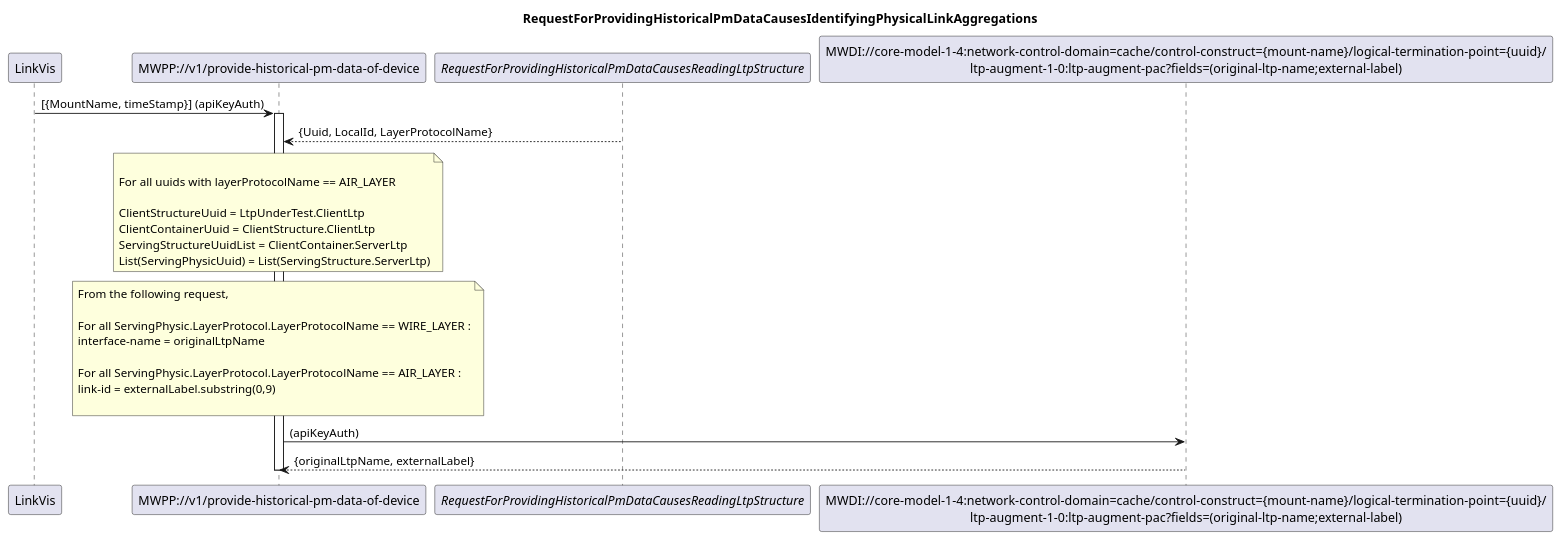
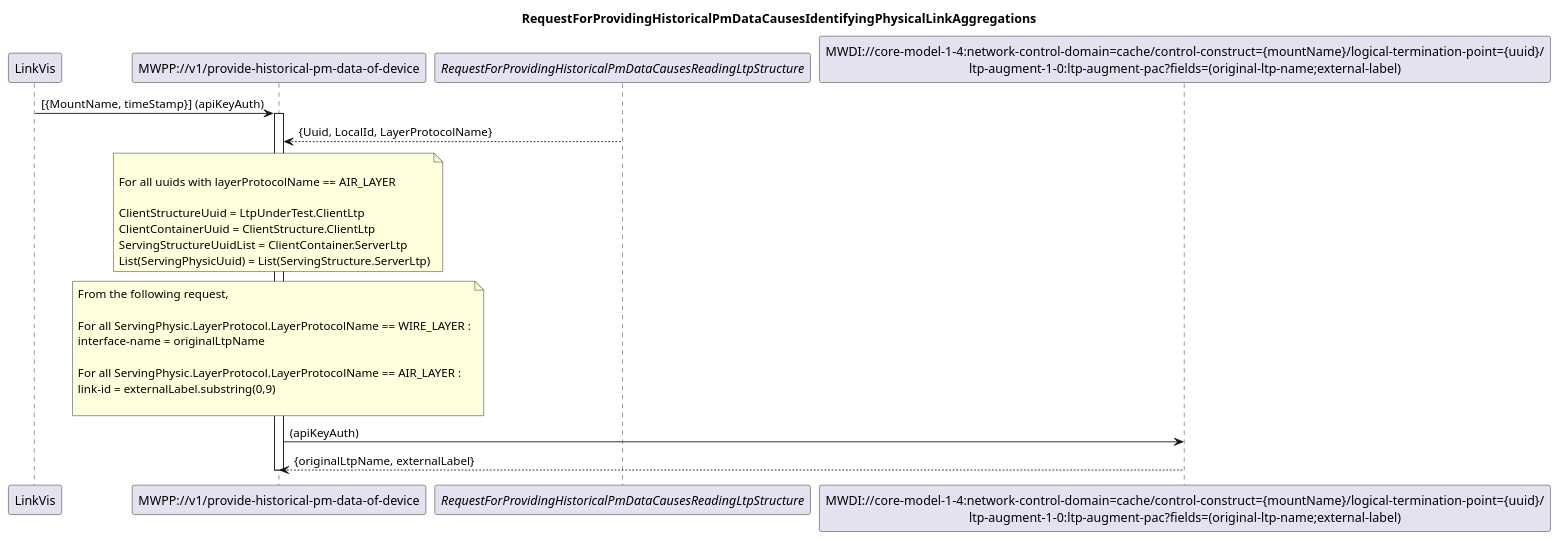
Before and after one commit to openBackhaul/MicroWavePerformanceProxy: the diagram in spec/diagrams/002_IdentifyingPhysicalLinkAggregations.plantuml, drawn with PlantUML. The commit also changed 4 other files, not shown here.

```diff
--- a/spec/diagrams/002_IdentifyingPhysicalLinkAggregations.plantuml
+++ b/spec/diagrams/002_IdentifyingPhysicalLinkAggregations.plantuml
@@ -1,45 +1,45 @@
 @startuml 002_IdentifyingPhysicalLinkAggregations
 skinparam responseMessageBelowArrow true
 
 title
 RequestForProvidingHistoricalPmDataCausesIdentifyingPhysicalLinkAggregations
 end title
 
 participant "LinkVis" as LinkVis
 participant "MWPP://v1/provide-historical-pm-data-of-device" as MWPP
 participant "<i>RequestForProvidingHistoricalPmDataCausesReadingLtpStructure</i>" as LTPs
-participant "MWDI://core-model-1-4:network-control-domain=cache/control-construct={mount-name}/logical-termination-point={uuid}/\nltp-augment-1-0:ltp-augment-pac?fields=(original-ltp-name;external-label)" as LtpDesignation
+participant "MWDI://core-model-1-4:network-control-domain=cache/control-construct={mountName}/logical-termination-point={uuid}/\nltp-augment-1-0:ltp-augment-pac?fields=(original-ltp-name;external-label)" as LtpDesignation
 
 LinkVis -> MWPP: [{MountName, timeStamp}] (apiKeyAuth)
 activate MWPP
 
 LTPs --> MWPP: {Uuid, LocalId, LayerProtocolName}
 
 note over MWPP
 
 For all uuids with layerProtocolName == AIR_LAYER
 
 ClientStructureUuid = LtpUnderTest.ClientLtp
 ClientContainerUuid = ClientStructure.ClientLtp
 ServingStructureUuidList = ClientContainer.ServerLtp
 List(ServingPhysicUuid) = List(ServingStructure.ServerLtp)
 end note
 
 note over MWPP
 From the following request,
 
 For all ServingPhysic.LayerProtocol.LayerProtocolName == WIRE_LAYER :
 interface-name = originalLtpName 
 
 For all ServingPhysic.LayerProtocol.LayerProtocolName == AIR_LAYER :
 link-id = externalLabel.substring(0,9)
 
 end note
 
 
 MWPP -> LtpDesignation: (apiKeyAuth)
 LtpDesignation --> MWPP: {originalLtpName, externalLabel}
 
 deactivate MWPP
 
 @enduml
```
